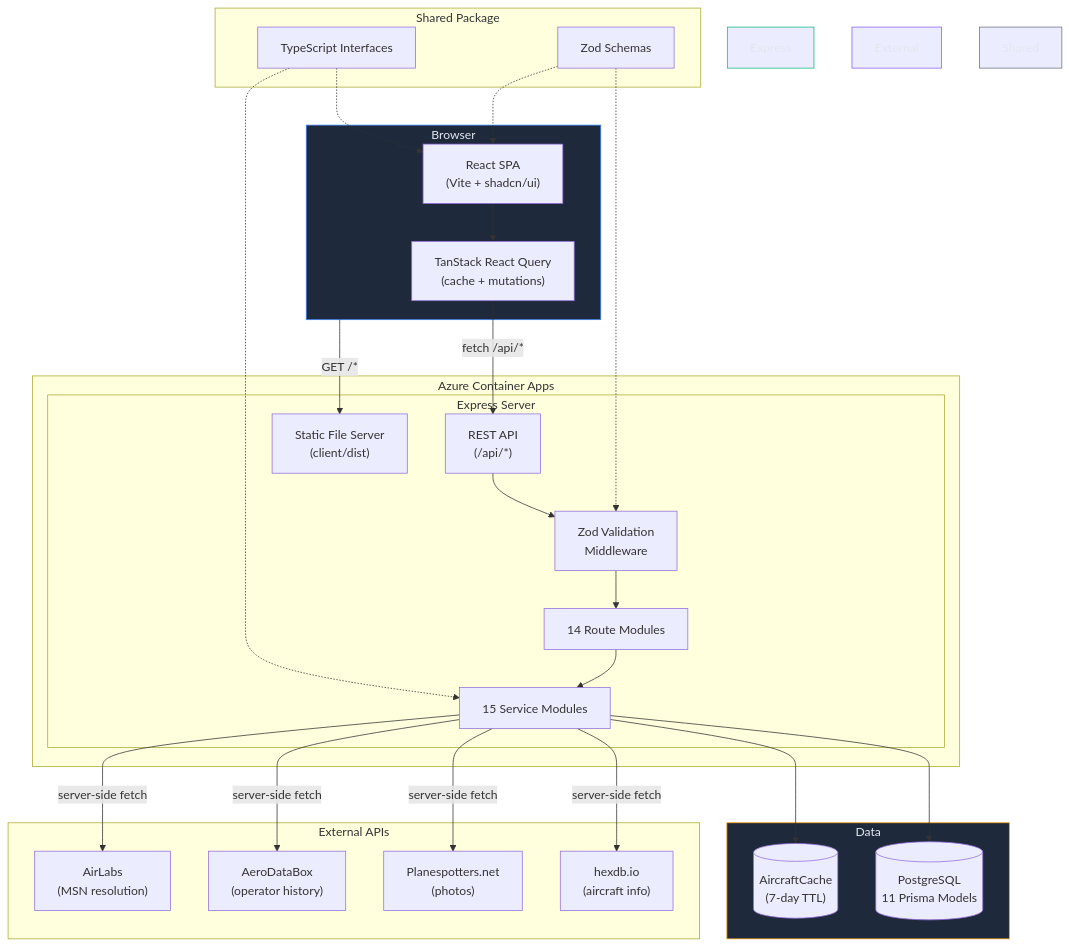
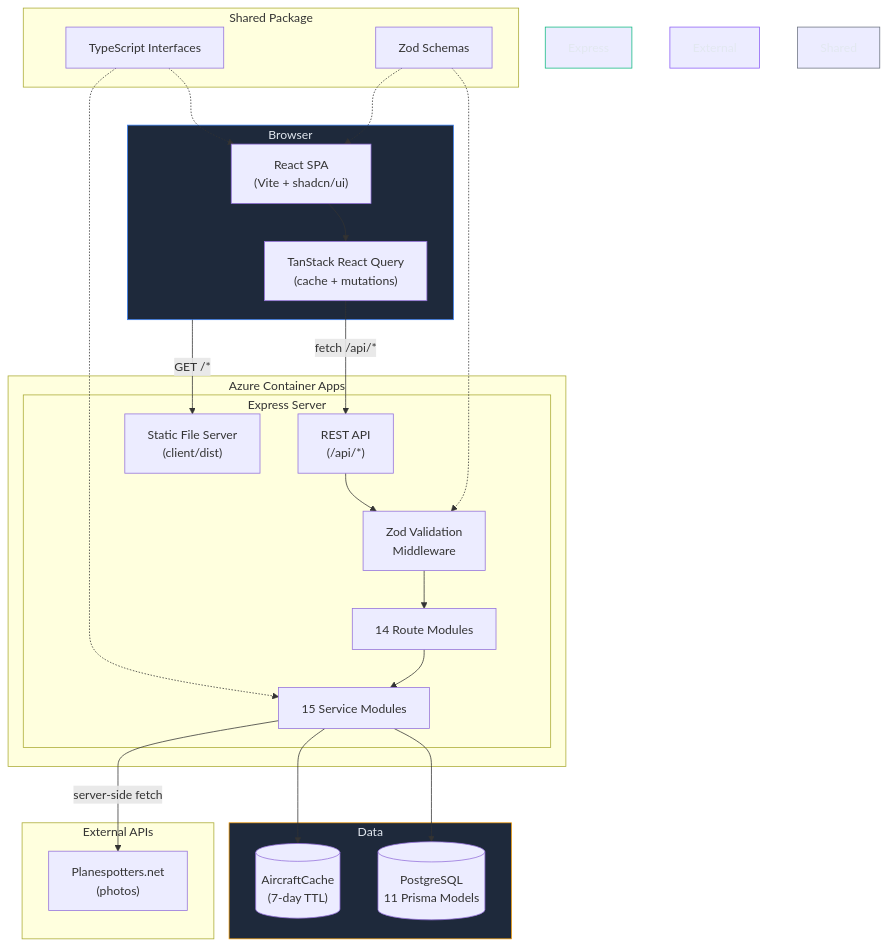
Before and after one commit to beanian/panelforge: the diagram in docs/architecture.md, drawn with Mermaid. The commit also changed other lines of this file and 11 other files, not shown here.

First line of the commit message:
Replace external APIs with PlaneLogger scraping for automatic aircraft data resolution

````diff
--- a/docs/architecture.md
+++ b/docs/architecture.md
@@ -16,55 +16,49 @@
 ```mermaid
 graph TB
     subgraph Browser
         UI["React SPA<br/>(Vite + shadcn/ui)"]
         RQ["TanStack React Query<br/>(cache + mutations)"]
         UI --> RQ
     end
 
     subgraph Azure Container Apps
         subgraph Express Server
             Static["Static File Server<br/>(client/dist)"]
             API["REST API<br/>(/api/*)"]
             Routes["14 Route Modules"]
             Services["15 Service Modules"]
             Validate["Zod Validation<br/>Middleware"]
             API --> Validate --> Routes --> Services
         end
     end
 
     subgraph Data
         DB[("PostgreSQL<br/>11 Prisma Models")]
         Cache[("AircraftCache<br/>(7-day TTL)")]
     end
 
     subgraph External APIs
-        Hexdb["hexdb.io<br/>(aircraft info)"]
         PS["Planespotters.net<br/>(photos)"]
-        ADB["AeroDataBox<br/>(operator history)"]
-        AL["AirLabs<br/>(MSN resolution)"]
     end
 
     subgraph Shared Package
         Types["TypeScript Interfaces"]
         Validators["Zod Schemas"]
     end
 
     RQ -- "fetch /api/*" --> API
     Browser -- "GET /*" --> Static
     Services --> DB
     Services --> Cache
-    Services -- "server-side fetch" --> Hexdb
     Services -- "server-side fetch" --> PS
-    Services -- "server-side fetch" --> ADB
-    Services -- "server-side fetch" --> AL
     Types -.-> UI
     Types -.-> Services
     Validators -.-> Validate
     Validators -.-> UI
 
     style Browser fill:#1e293b,stroke:#3b82f6,color:#e2e8f0
     style Express Server fill:#1e293b,stroke:#10b981,color:#e2e8f0
     style Data fill:#1e293b,stroke:#f59e0b,color:#e2e8f0
     style External APIs fill:#1e293b,stroke:#8b5cf6,color:#e2e8f0
     style Shared Package fill:#1e293b,stroke:#6b7280,color:#e2e8f0
 ```
````
